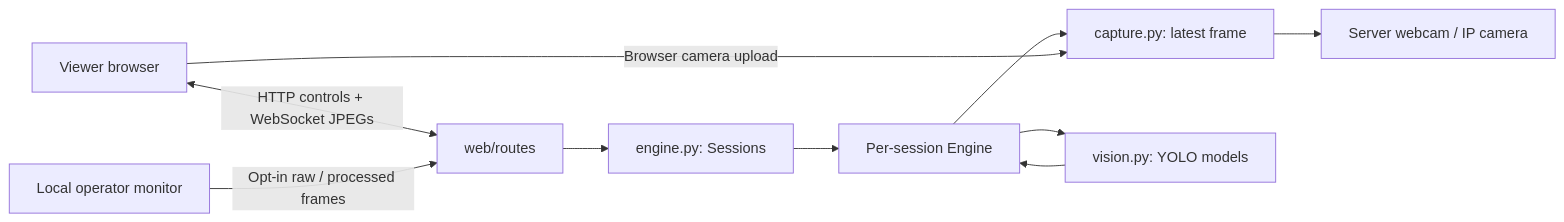
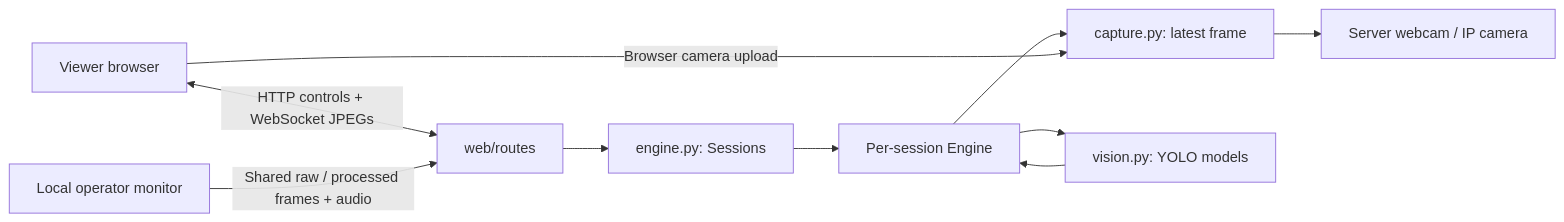
One commit to AlzgamerCS/yolo-demo changed the diagram in docs/architecture.md. Above: the diagram before and after it, drawn with Mermaid. The commit also changed other lines of this file and 22 other files, not shown here.

````diff
--- a/docs/architecture.md
+++ b/docs/architecture.md
@@ -7,12 +7,12 @@
 ```mermaid
 flowchart LR
     Browser[Viewer browser] <-->|HTTP controls + WebSocket JPEGs| API[web/routes]
     API --> Sessions[engine.py: Sessions]
     Sessions --> Worker[Per-session Engine]
     Worker --> Capture[capture.py: latest frame]
     Capture --> Webcam[Server webcam / IP camera]
     Browser -->|Browser camera upload| Capture
     Worker --> Vision[vision.py: YOLO models]
     Vision --> Worker
-    Local[Local operator monitor] -->|Opt-in raw / processed frames| API
+    Local[Local operator monitor] -->|Shared raw / processed frames + audio| API
 ```
````
